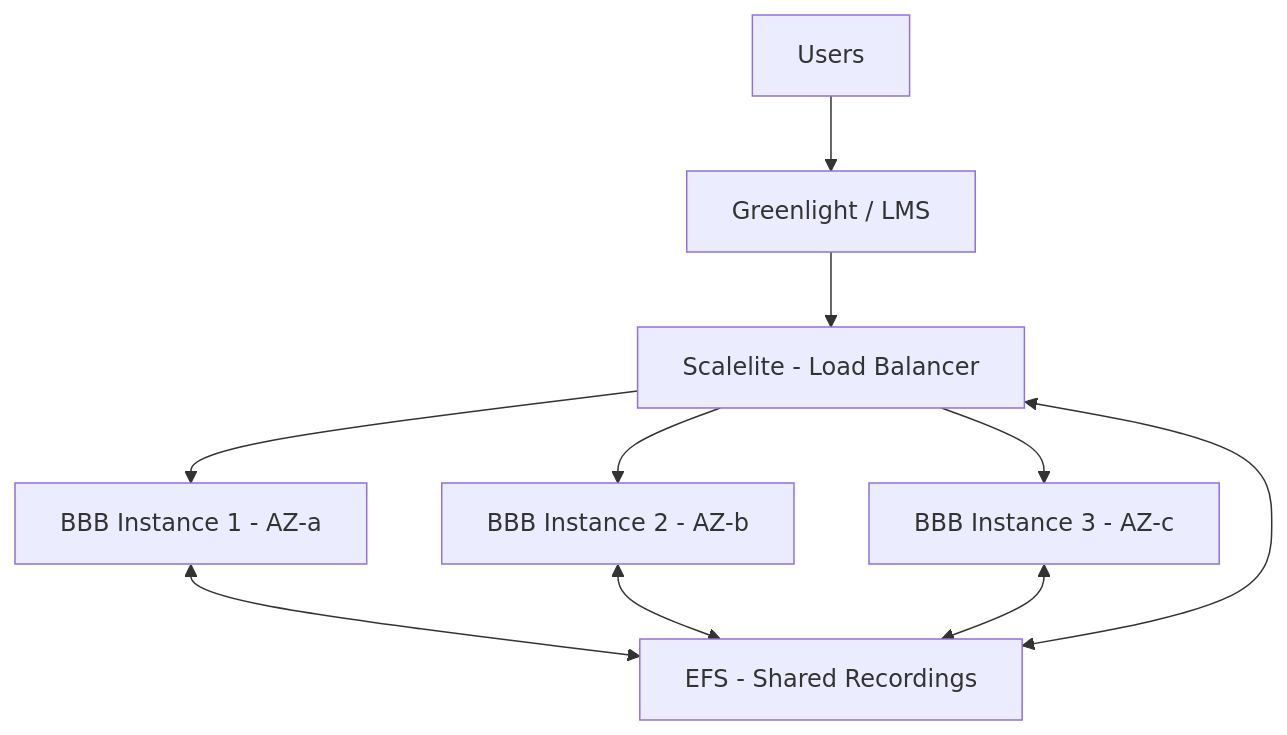
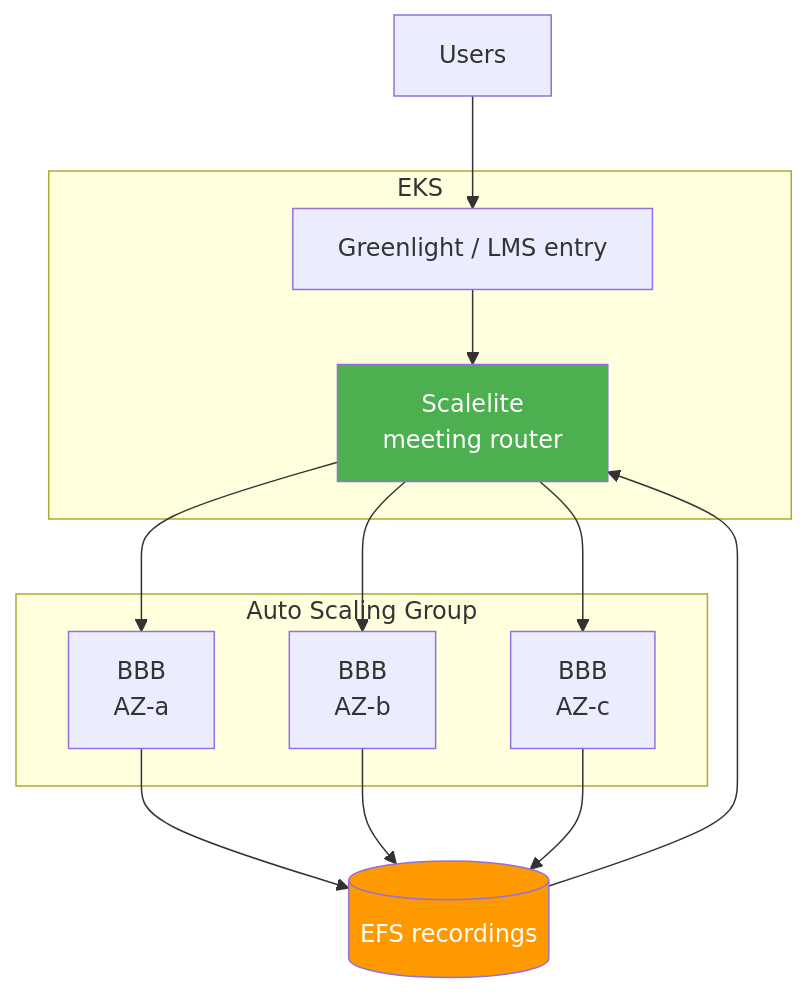
The diagram in content/projects/work-projects/scalable-bbb-aws.md (rayen-dhmaied/portfolio), drawn with Mermaid before and after one commit. The commit also changed other lines of this file and 10 other files, not shown here.

Commit message:
chore: rework diagrams, add new project and update content

````diff
--- a/content/projects/work-projects/scalable-bbb-aws.md
+++ b/content/projects/work-projects/scalable-bbb-aws.md
@@ -35,12 +36,24 @@
 ```mermaid
 graph TD
-    A[Users] --> B[Greenlight / LMS]
-    B --> C[Scalelite - Load Balancer]
-    C --> D[BBB Instance 1 - AZ-a]
-    C --> E[BBB Instance 2 - AZ-b]
-    C --> F[BBB Instance 3 - AZ-c]
-    D <--> G[EFS - Shared Recordings]
-    E <--> G
-    F <--> G
-    C <--> G
+    U[Users] --> GL
+
+    subgraph EKS ["EKS"]
+        GL[Greenlight / LMS entry] --> SL[Scalelite<br/>meeting router]
+    end
+
+    subgraph ASG ["Auto Scaling Group"]
+        B1[BBB<br/>AZ-a]
+        B2[BBB<br/>AZ-b]
+        B3[BBB<br/>AZ-c]
+    end
+
+    SL --> B1
+    SL --> B2
+    SL --> B3
+
+    B1 & B2 & B3 --> EFS[(EFS recordings)]
+    EFS --> SL
+
+    style SL fill:#4CAF50,color:#fff
+    style EFS fill:#FF9900,color:#fff
 ```
````
